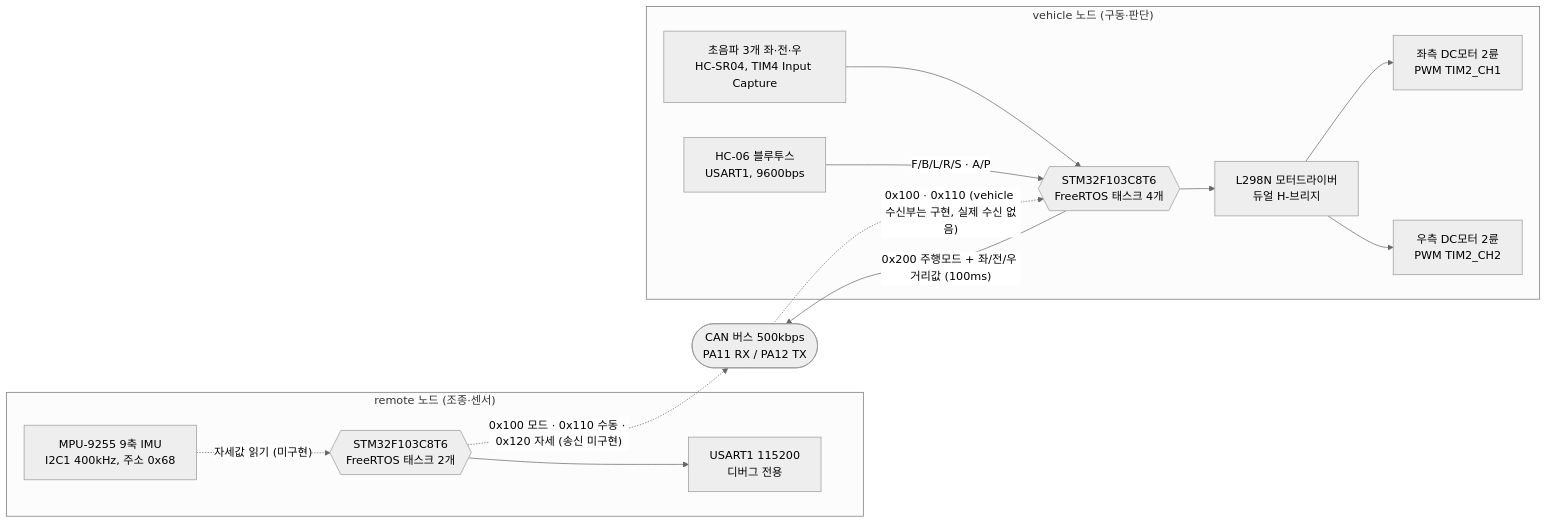
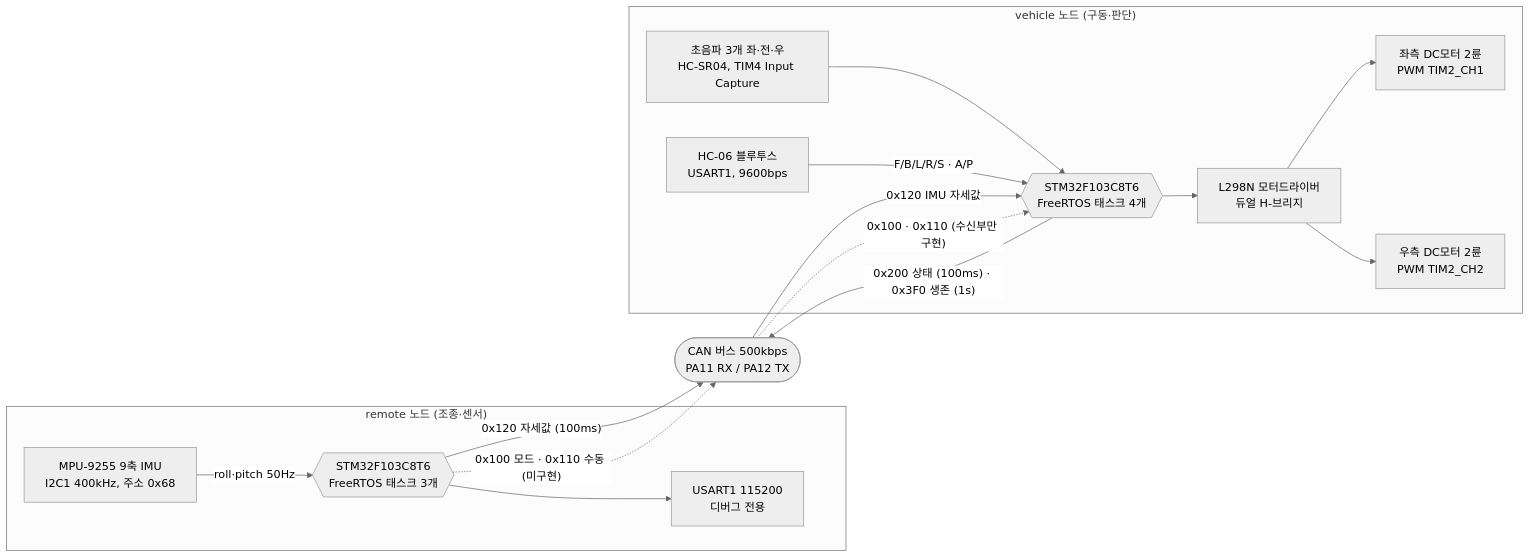
Before and after one commit to dlgus0630/Project03_SelfDrivingCar: the first of 3 diagrams in README.md, drawn with Mermaid (neutral theme). The commit also changed other lines of this file, not shown here.

Commit message:
Rewrite troubleshooting around FreeRTOS and CAN

````diff
--- a/README.md
+++ b/README.md
@@ -378,32 +377,34 @@
 ```mermaid
 flowchart LR
     subgraph REMOTE["remote 노드 (조종·센서)"]
         IMU["MPU-9255 9축 IMU<br/>I2C1 400kHz, 주소 0x68"]
-        MCU_R{{"STM32F103C8T6<br/>FreeRTOS 태스크 2개"}}
+        MCU_R{{"STM32F103C8T6<br/>FreeRTOS 태스크 3개"}}
         DBG["USART1 115200<br/>디버그 전용"]
     end
 
     BUS(["CAN 버스 500kbps<br/>PA11 RX / PA12 TX"])
 
     subgraph VEHICLE["vehicle 노드 (구동·판단)"]
         US["초음파 3개 좌·전·우<br/>HC-SR04, TIM4 Input Capture"]
         BT["HC-06 블루투스<br/>USART1, 9600bps"]
         MCU_V{{"STM32F103C8T6<br/>FreeRTOS 태스크 4개"}}
         L298["L298N 모터드라이버<br/>듀얼 H-브리지"]
         M_L["좌측 DC모터 2륜<br/>PWM TIM2_CH1"]
         M_R["우측 DC모터 2륜<br/>PWM TIM2_CH2"]
     end
 
-    IMU -. "자세값 읽기 (미구현)" .-> MCU_R
+    IMU -- "roll·pitch 50Hz" --> MCU_R
     MCU_R --> DBG
-    MCU_R -. "0x100 모드 · 0x110 수동 · 0x120 자세 (송신 미구현)" .-> BUS
+    MCU_R -- "0x120 자세값 (100ms)" --> BUS
+    MCU_R -. "0x100 모드 · 0x110 수동 (미구현)" .-> BUS
 
     US --> MCU_V
     BT -- "F/B/L/R/S · A/P" --> MCU_V
-    BUS -. "0x100 · 0x110 (vehicle 수신부는 구현, 실제 수신 없음)" .-> MCU_V
-    MCU_V -- "0x200 주행모드 + 좌/전/우 거리값 (100ms)" --> BUS
+    BUS -- "0x120 IMU 자세값" --> MCU_V
+    BUS -. "0x100 · 0x110 (수신부만 구현)" .-> MCU_V
+    MCU_V -- "0x200 상태 (100ms) · 0x3F0 생존 (1s)" --> BUS
 
     MCU_V --> L298
     L298 --> M_L
     L298 --> M_R
 ```
````
